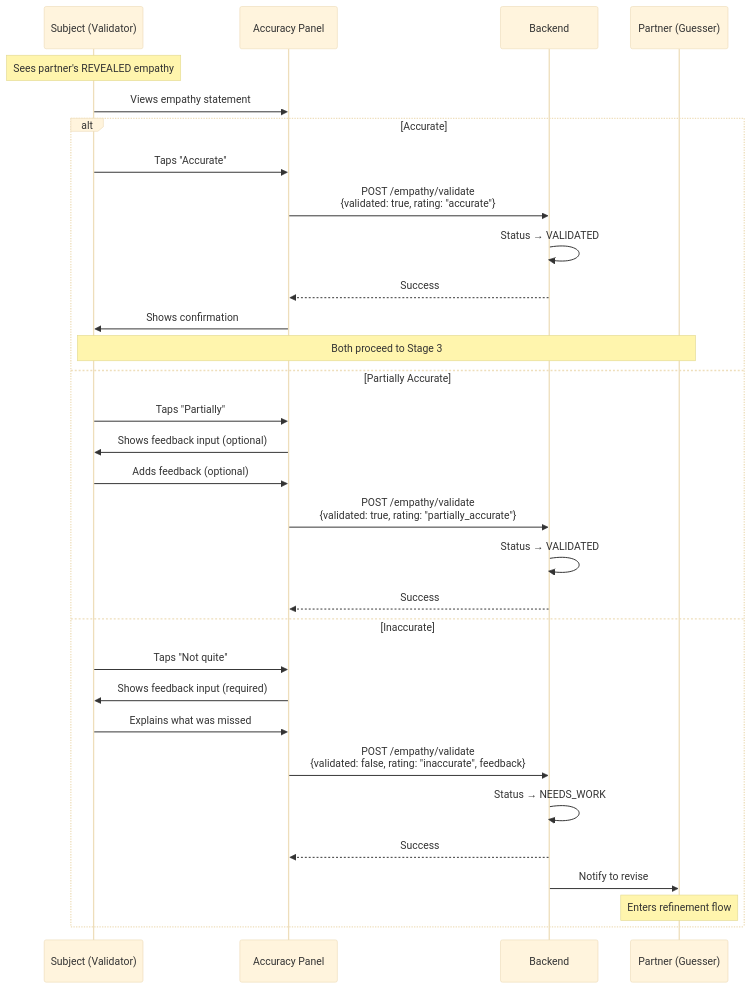
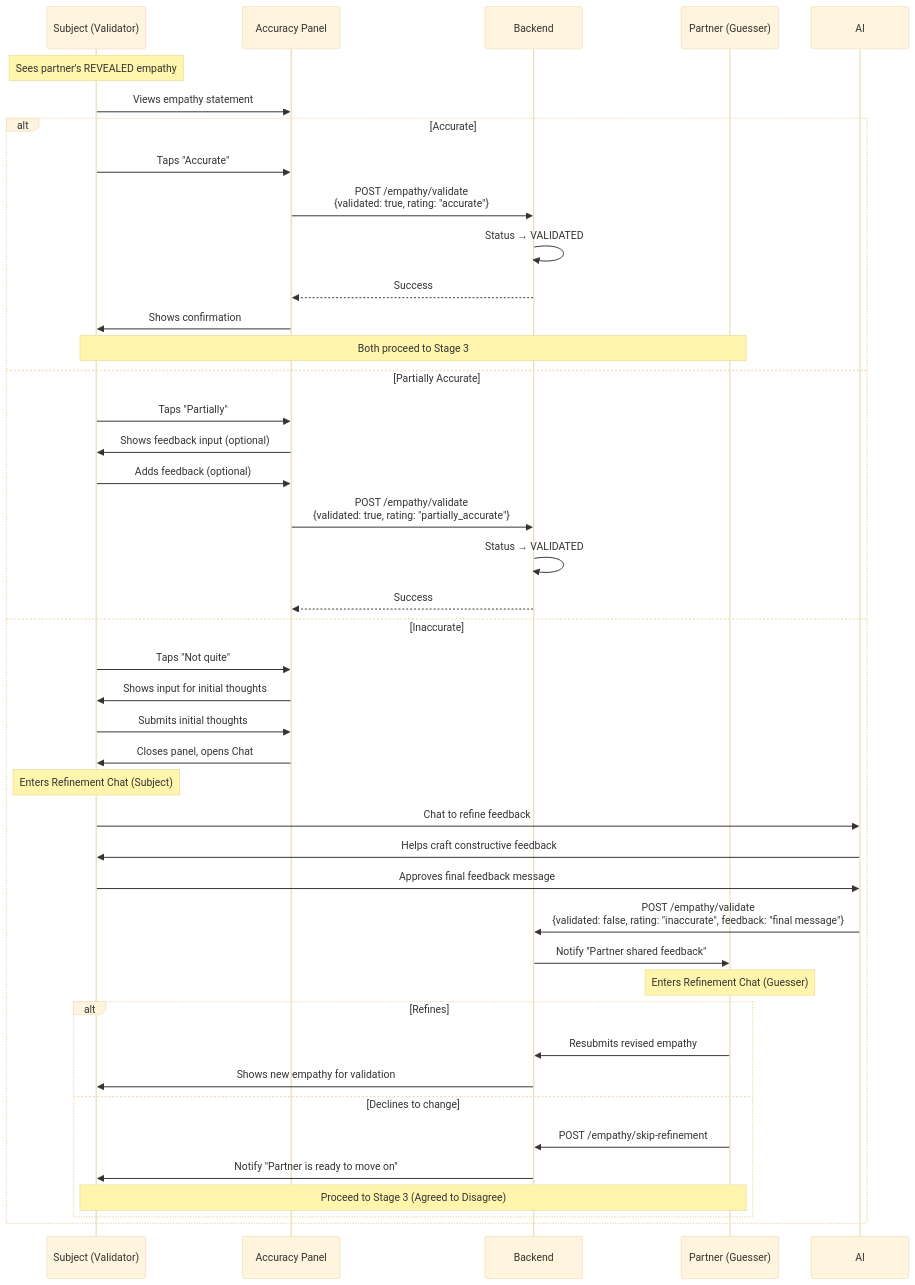
One commit to shantamg/meet-without-fear changed the third of 3 diagrams in docs/user-flows/accuracy-feedback-flow.md. Above: the diagram before and after it, drawn with Mermaid (base theme). The commit also changed other lines of this file and 2 other files, not shown here.

Commit message:
fix(backend): exclude __mocks__ from tsconfig to fix build
- Add **/__mocks__/** to tsconfig.json exclude list
- Fixes build error: Cannot find module '@jest/globals'
- Also includes: doc updates for accuracy feedback flow, mobile version bump

````diff
--- a/docs/user-flows/accuracy-feedback-flow.md
+++ b/docs/user-flows/accuracy-feedback-flow.md
@@ -80,36 +80,50 @@
 ```mermaid
 sequenceDiagram
     participant User as Subject (Validator)
     participant Panel as Accuracy Panel
     participant API as Backend
     participant Partner as Partner (Guesser)
 
     Note over User: Sees partner's REVEALED empathy
 
     User->>Panel: Views empathy statement
 
     alt Accurate
         User->>Panel: Taps "Accurate"
         Panel->>API: POST /empathy/validate<br/>{validated: true, rating: "accurate"}
         API->>API: Status → VALIDATED
         API-->>Panel: Success
         Panel->>User: Shows confirmation
         Note over User,Partner: Both proceed to Stage 3
     else Partially Accurate
         User->>Panel: Taps "Partially"
         Panel->>User: Shows feedback input (optional)
         User->>Panel: Adds feedback (optional)
         Panel->>API: POST /empathy/validate<br/>{validated: true, rating: "partially_accurate"}
         API->>API: Status → VALIDATED
         API-->>Panel: Success
     else Inaccurate
         User->>Panel: Taps "Not quite"
-        Panel->>User: Shows feedback input (required)
-        User->>Panel: Explains what was missed
-        Panel->>API: POST /empathy/validate<br/>{validated: false, rating: "inaccurate", feedback}
-        API->>API: Status → NEEDS_WORK
-        API-->>Panel: Success
-        API->>Partner: Notify to revise
-        Note over Partner: Enters refinement flow
+        Panel->>User: Shows input for initial thoughts
+        User->>Panel: Submits initial thoughts
+        Panel->>User: Closes panel, opens Chat
+        Note over User: Enters Refinement Chat (Subject)
+        
+        User->>AI: Chat to refine feedback
+        AI->>User: Helps craft constructive feedback
+        User->>AI: Approves final feedback message
+        
+        AI->>API: POST /empathy/validate<br/>{validated: false, rating: "inaccurate", feedback: "final message"}
+        API->>Partner: Notify "Partner shared feedback"
+        
+        Note over Partner: Enters Refinement Chat (Guesser)
+        alt Refines
+            Partner->>API: Resubmits revised empathy
+            API->>User: Shows new empathy for validation
+        else Declines to change
+            Partner->>API: POST /empathy/skip-refinement
+            API->>User: Notify "Partner is ready to move on"
+            Note over User,Partner: Proceed to Stage 3 (Agreed to Disagree)
+        end
     end
 ```
````
